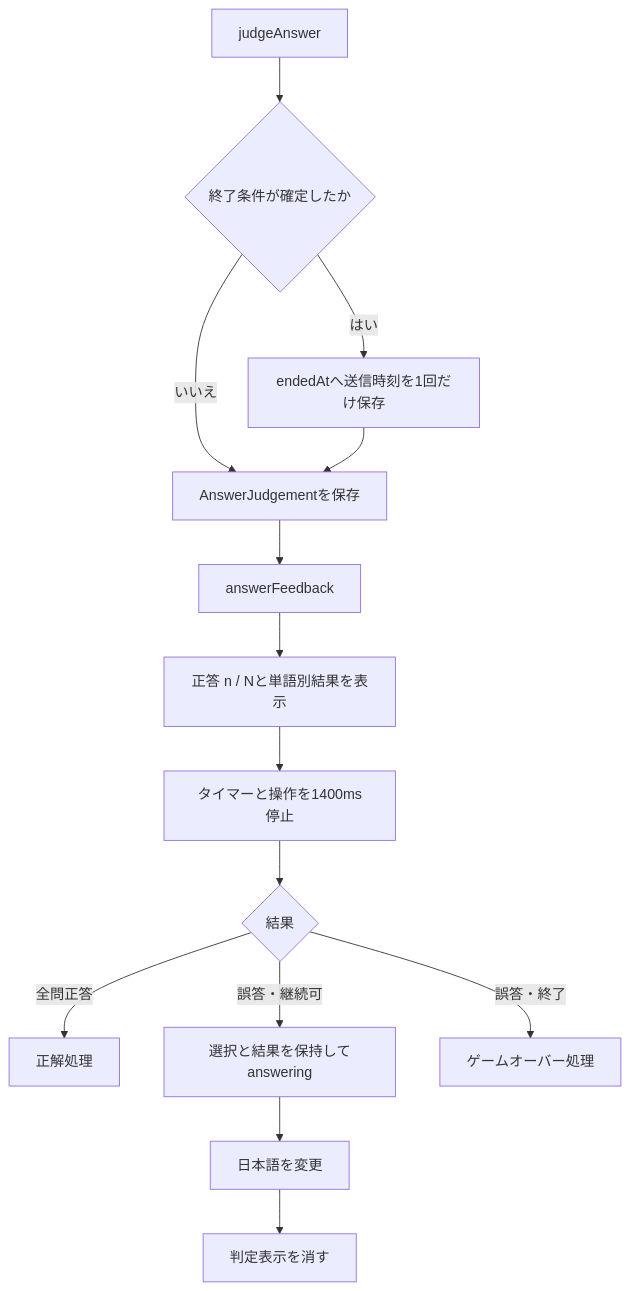
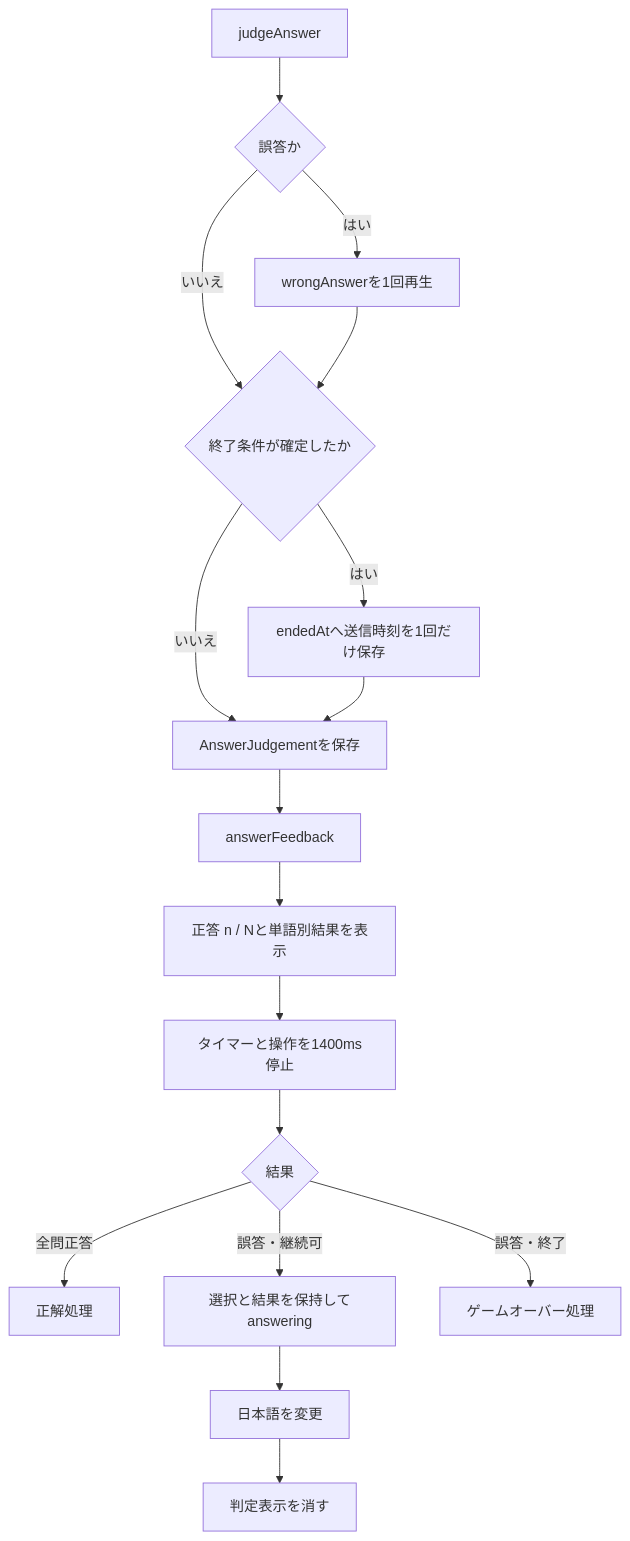
One commit to lycanthr0pes/language-deciphering-game changed the ninth of 13 diagrams in docs/project-flow.md. Above: the diagram before and after it, drawn with Mermaid. The commit also changed other lines of this file and 10 other files, not shown here.

````diff
--- a/docs/project-flow.md
+++ b/docs/project-flow.md
@@ -191,16 +191,19 @@
 ```mermaid
 flowchart TD
-    A[judgeAnswer] --> A2{終了条件が確定したか}
+    A[judgeAnswer] --> A1{誤答か}
+    A1 -->|はい| A4[wrongAnswerを1回再生]
+    A1 -->|いいえ| A2{終了条件が確定したか}
+    A4 --> A2
     A2 -->|はい| A3[endedAtへ送信時刻を1回だけ保存]
     A2 -->|いいえ| B[AnswerJudgementを保存]
     A3 --> B
     B --> C[answerFeedback]
     C --> D[正答 n / Nと単語別結果を表示]
     D --> E[タイマーと操作を1400ms停止]
     E --> F{結果}
     F -->|全問正答| G[正解処理]
     F -->|誤答・継続可| H[選択と結果を保持してanswering]
     F -->|誤答・終了| I[ゲームオーバー処理]
     H --> J[日本語を変更]
     J --> K[判定表示を消す]
 ```
````
